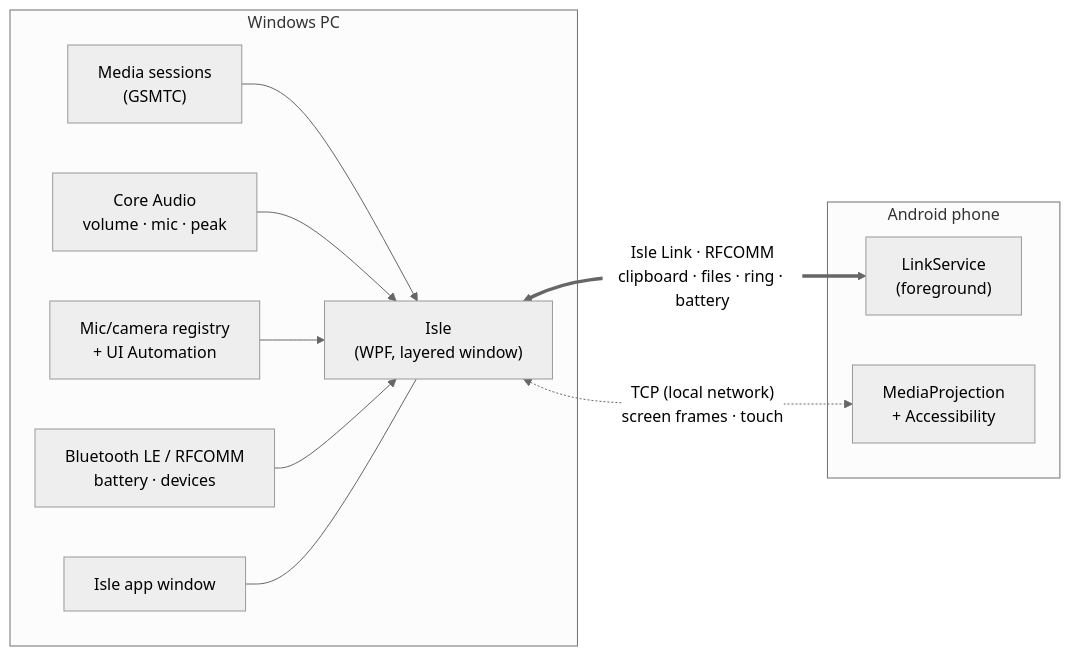
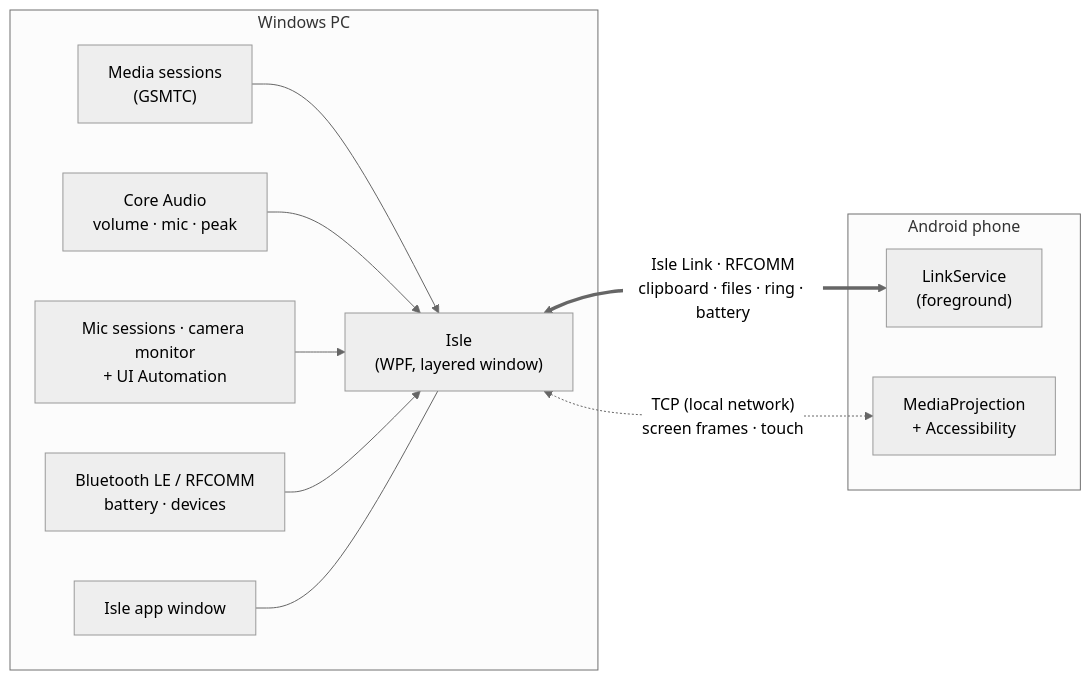
The diagram in README.md (rajveer-lab/isle), drawn with Mermaid (neutral theme) before and after one commit. The commit also changed other lines of this file and 4 other files, not shown here.

First line of the commit message:
Fix privacy dot: detect mic and camera use live (v1.5.1)

````diff
--- a/README.md
+++ b/README.md
@@ -144,17 +144,17 @@
 ```mermaid
 flowchart LR
     subgraph Windows["Windows PC"]
         GSMTC["Media sessions<br/>(GSMTC)"] --> Island
         Audio["Core Audio<br/>volume · mic · peak"] --> Island
-        Calls["Mic/camera registry<br/>+ UI Automation"] --> Island
+        Calls["Mic sessions · camera monitor<br/>+ UI Automation"] --> Island
         BT["Bluetooth LE / RFCOMM<br/>battery · devices"] --> Island
         Island["Isle<br/>(WPF, layered window)"]
         Hub["Isle app window"] --- Island
     end
     subgraph Phone["Android phone"]
         Service["LinkService<br/>(foreground)"]
         Mirror["MediaProjection<br/>+ Accessibility"]
     end
     Island <== "Isle Link · RFCOMM<br/>clipboard · files · ring · battery" ==> Service
     Island <-. "TCP (local network)<br/>screen frames · touch" .-> Mirror
 ```
````
